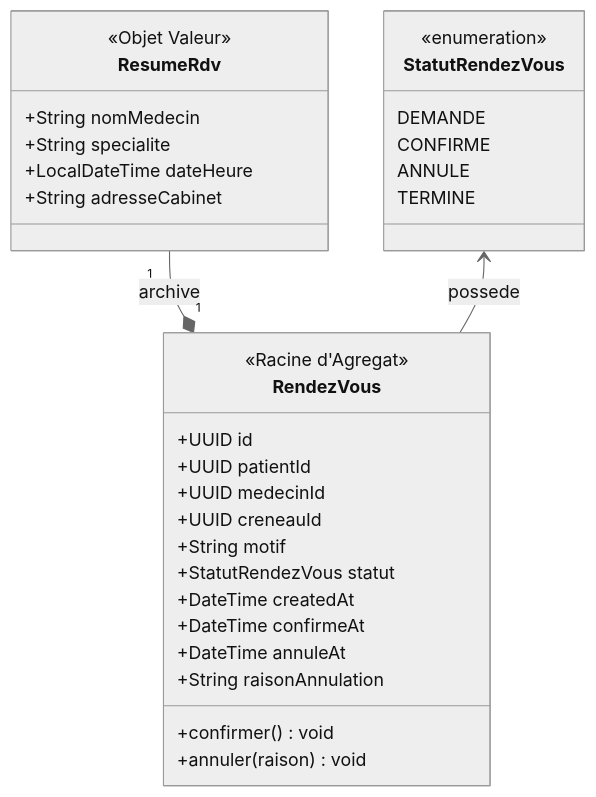
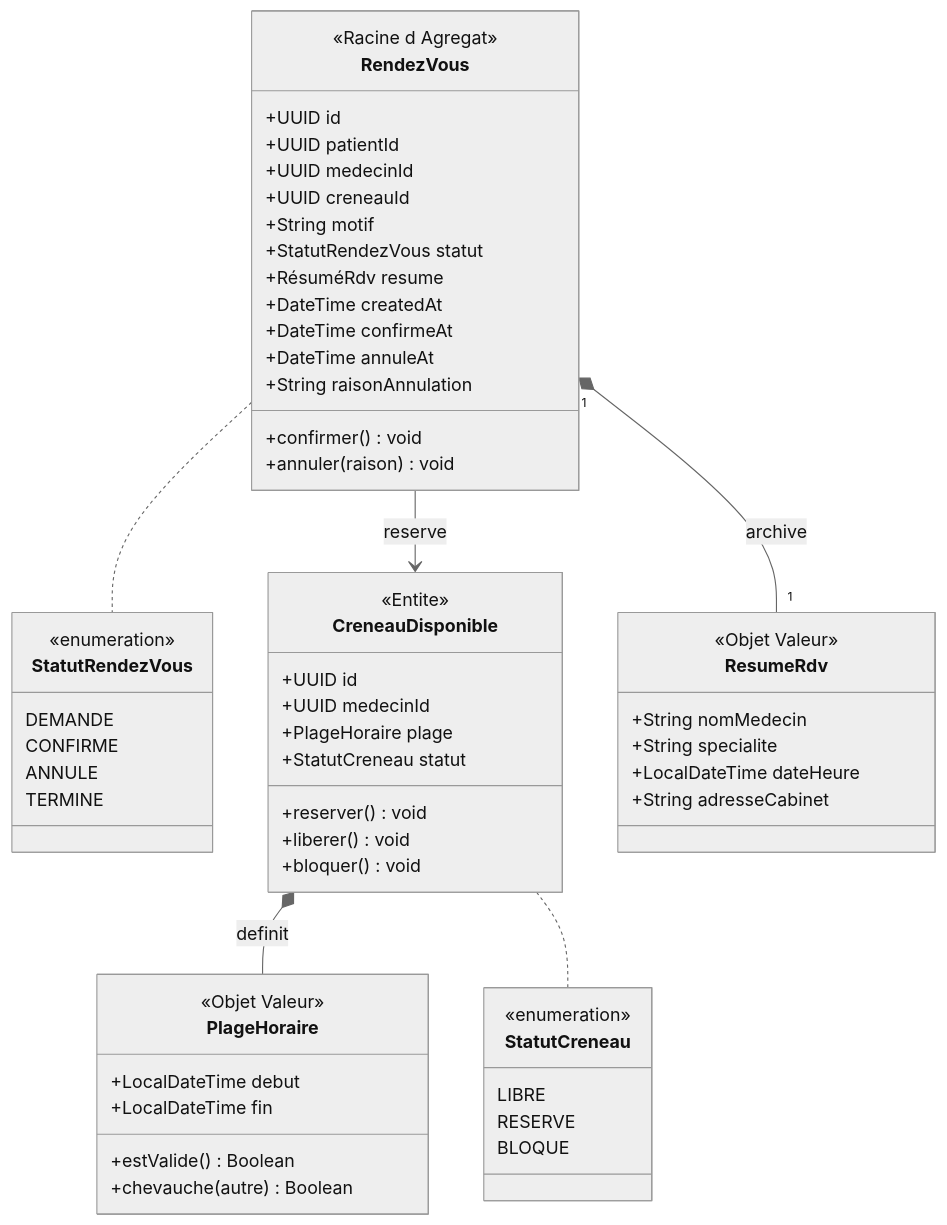
One commit to bassimtbb/MediLink changed the third of 4 diagrams in README.md. Above: the diagram before and after it, drawn with Mermaid (neutral theme). The commit also changed other lines of this file, not shown here.

````diff
--- a/README.md
+++ b/README.md
@@ -384,38 +373,67 @@
 ```mermaid
-  classDiagram
-    direction BT
+classDiagram
     class StatutRendezVous {
         <<enumeration>>
         DEMANDE
         CONFIRME
         ANNULE
         TERMINE
     }
 
+    class StatutCreneau {
+        <<enumeration>>
+        LIBRE
+        RESERVE
+        BLOQUE
+    }
+
     class RendezVous {
-        <<Racine d'Agregat>>
+        <<Racine d Agregat>>
         +UUID id
         +UUID patientId
         +UUID medecinId
         +UUID creneauId
         +String motif
         +StatutRendezVous statut
+        +RésuméRdv resume
         +DateTime createdAt
         +DateTime confirmeAt
         +DateTime annuleAt
         +String raisonAnnulation
         +confirmer() void
         +annuler(raison) void
+    }
+
+    class CreneauDisponible {
+        <<Entite>>
+        +UUID id
+        +UUID medecinId
+        +PlageHoraire plage
+        +StatutCreneau statut
+        +reserver() void
+        +liberer() void
+        +bloquer() void
     }
 
     class ResumeRdv {
         <<Objet Valeur>>
         +String nomMedecin
         +String specialite
         +LocalDateTime dateHeure
         +String adresseCabinet
     }
 
+    class PlageHoraire {
+        <<Objet Valeur>>
+        +LocalDateTime debut
+        +LocalDateTime fin
+        +estValide() Boolean
+        +chevauche(autre) Boolean
+    }
+
     RendezVous "1" *-- "1" ResumeRdv : archive
-    RendezVous --> StatutRendezVous : possede
+    RendezVous --> CreneauDisponible : reserve
+    CreneauDisponible *-- PlageHoraire : definit
+    RendezVous .. StatutRendezVous 
+    CreneauDisponible .. StatutCreneau 
 ```
````
